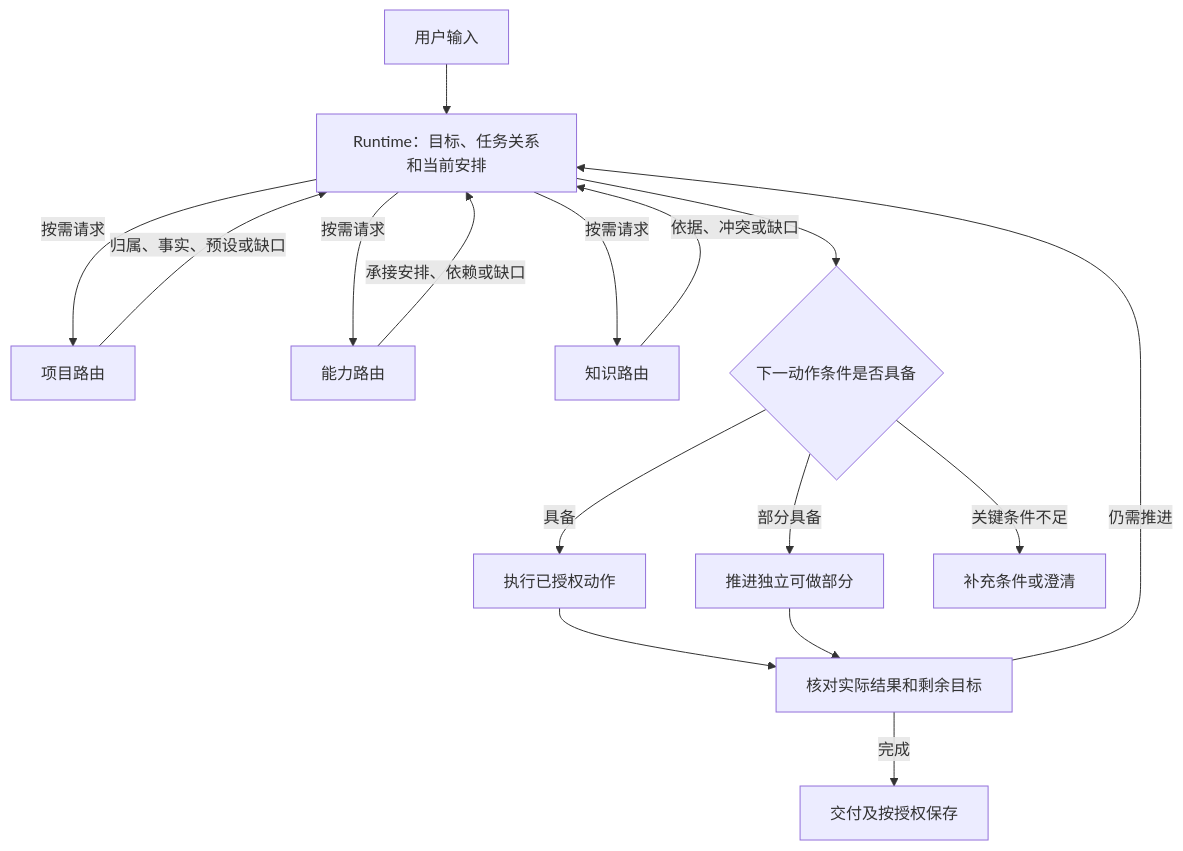
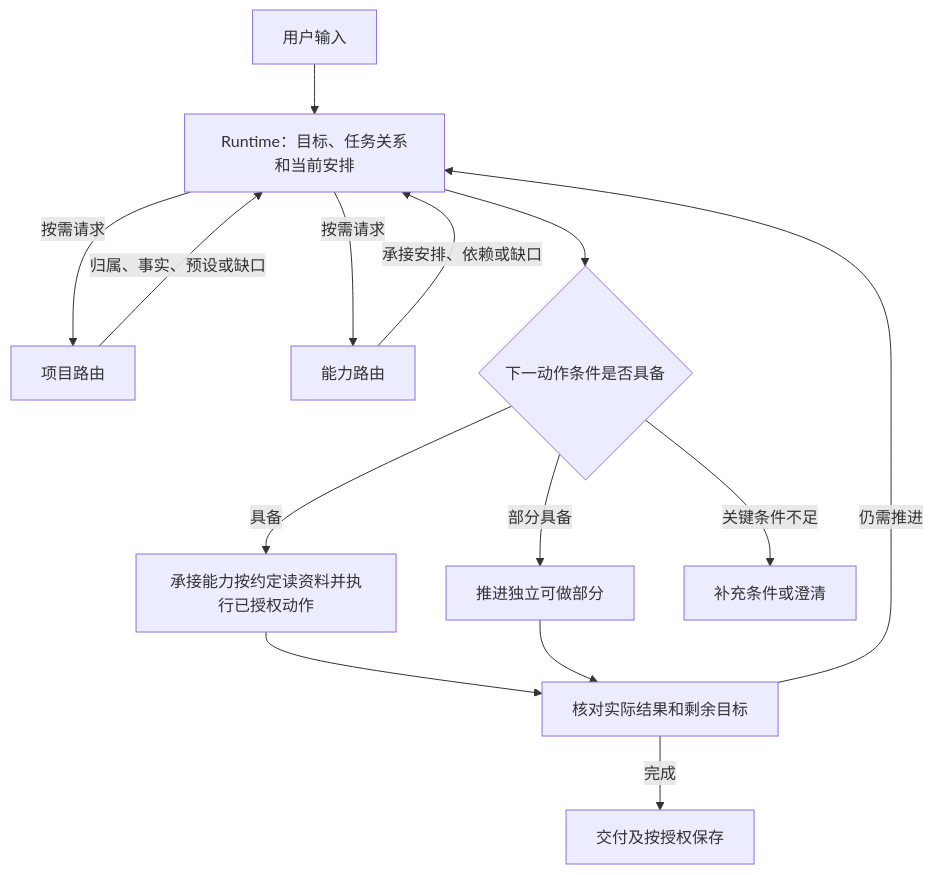
Before and after one commit to yinbaiyuan/ksf-core: the diagram in .agents/core/docs/runtime/routing.md, drawn with Mermaid. The commit also changed other lines of this file and 153 other files, not shown here.

````diff
--- a/.agents/core/docs/runtime/routing.md
+++ b/.agents/core/docs/runtime/routing.md
@@ -25,18 +25,16 @@
 ```mermaid
 flowchart TD
     U[用户输入] --> R[Runtime：目标、任务关系和当前安排]
     R -->|按需请求| P[项目路由]
     P -->|归属、事实、预设或缺口| R
     R -->|按需请求| A[能力路由]
     A -->|承接安排、依赖或缺口| R
-    R -->|按需请求| K[知识路由]
-    K -->|依据、冲突或缺口| R
     R --> G{下一动作条件是否具备}
-    G -->|具备| E[执行已授权动作]
+    G -->|具备| E[承接能力按约定读资料并执行已授权动作]
     G -->|部分具备| B[推进独立可做部分]
     G -->|关键条件不足| W[补充条件或澄清]
     E --> V[核对实际结果和剩余目标]
     B --> V
     V -->|仍需推进| R
     V -->|完成| D[交付及按授权保存]
 ```
````
